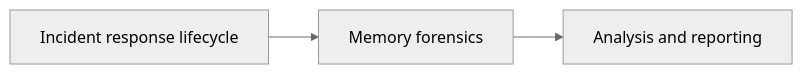
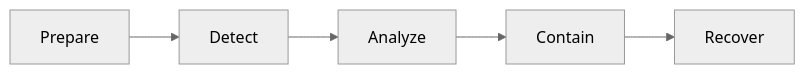
Before and after one commit to Jkbarros/incident-response-ia455: the diagram in README.md, drawn with Mermaid (neutral theme). The commit also changed other lines of this file and 19 other files, not shown here.

````diff
--- a/README.md
+++ b/README.md
@@ -26,8 +31,9 @@
 ```mermaid
 flowchart LR
-  IR[Incident response lifecycle]
-  F[Memory forensics]
-  A[Analysis and reporting]
-  IR --> F
-  F --> A
+  P[Prepare]
+  D[Detect]
+  A[Analyze]
+  C[Contain]
+  R[Recover]
+  P --> D --> A --> C --> R
 ```
````
